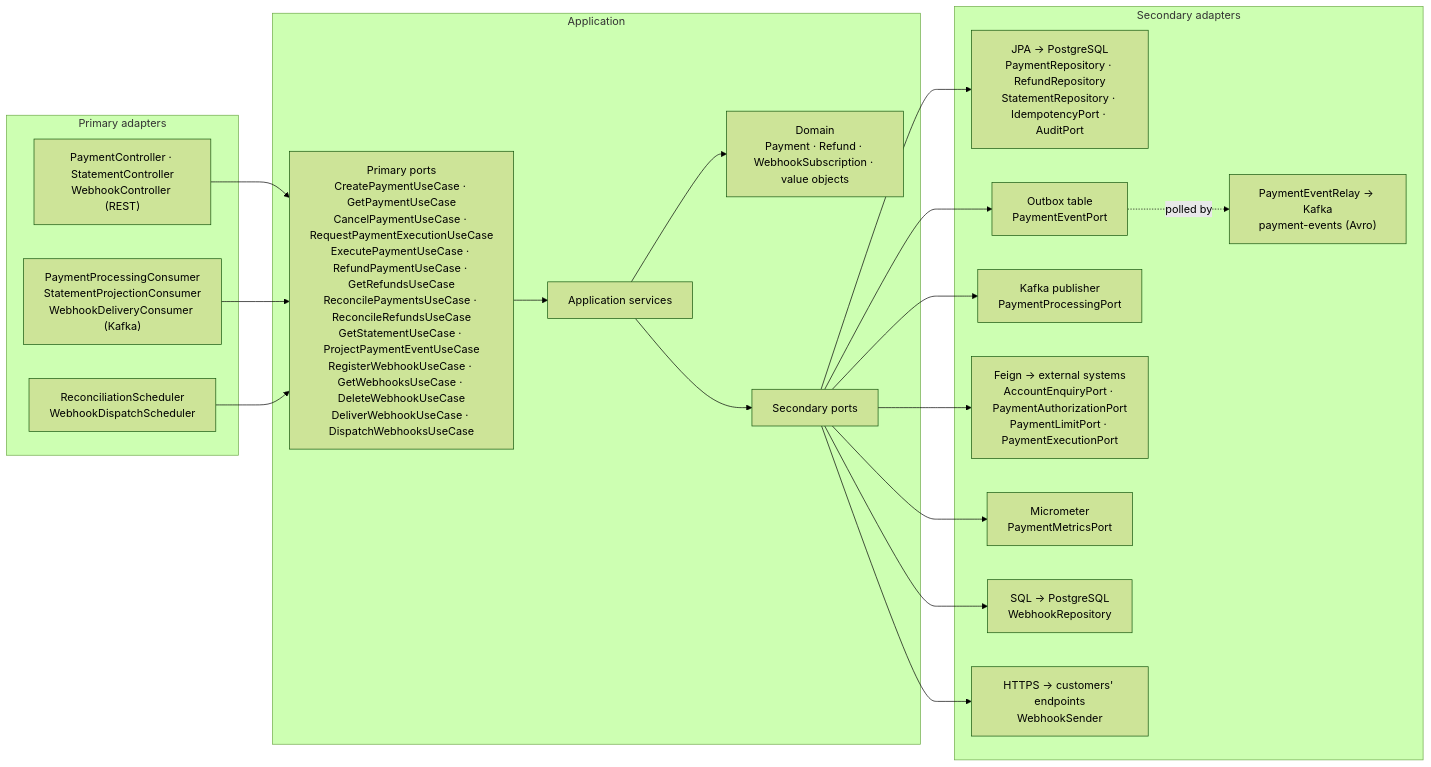
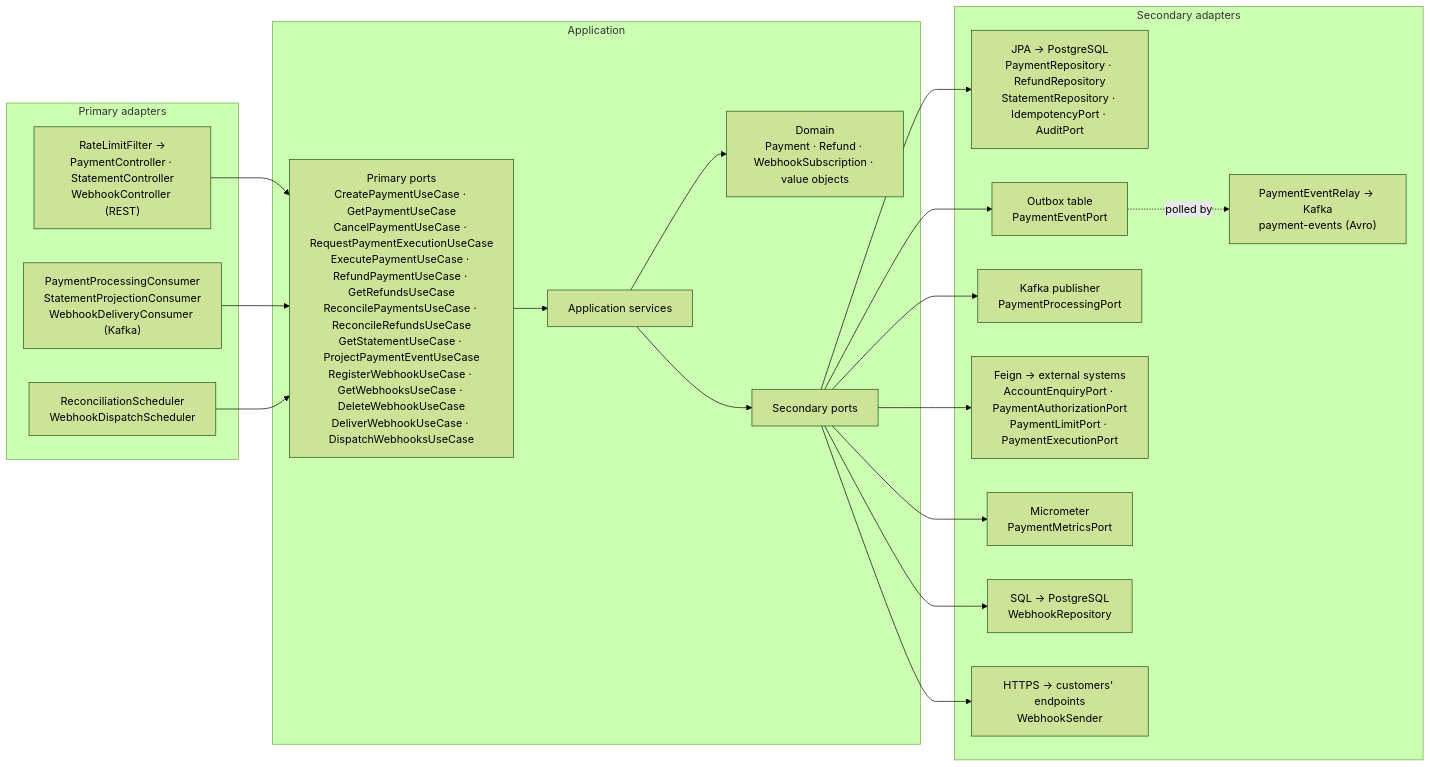
One commit to codeaiforge/java-payment-service changed the second of 2 diagrams in README.md. Above: the diagram before and after it, drawn with Mermaid (forest theme). The commit also changed other lines of this file and 10 other files, not shown here.

First line of the commit message:
feat(payment): limit requests and payments per customer with shared token buckets (bonus 12)

````diff
--- a/README.md
+++ b/README.md
@@ -66,40 +67,40 @@
 ```mermaid
 flowchart LR
     subgraph primary["Primary adapters"]
-        web["PaymentController · StatementController<br/>WebhookController (REST)"]
+        web["RateLimitFilter →<br/>PaymentController · StatementController<br/>WebhookController (REST)"]
         consumer["PaymentProcessingConsumer<br/>StatementProjectionConsumer<br/>WebhookDeliveryConsumer (Kafka)"]
         scheduler["ReconciliationScheduler<br/>WebhookDispatchScheduler"]
     end
 
     subgraph app["Application"]
         uc["Primary ports<br/>CreatePaymentUseCase · GetPaymentUseCase<br/>CancelPaymentUseCase · RequestPaymentExecutionUseCase<br/>ExecutePaymentUseCase · RefundPaymentUseCase · GetRefundsUseCase<br/>ReconcilePaymentsUseCase · ReconcileRefundsUseCase<br/>GetStatementUseCase · ProjectPaymentEventUseCase<br/>RegisterWebhookUseCase · GetWebhooksUseCase · DeleteWebhookUseCase<br/>DeliverWebhookUseCase · DispatchWebhooksUseCase"]
         services["Application services"]
         domain["Domain<br/>Payment · Refund · WebhookSubscription · value objects"]
         sp["Secondary ports"]
         uc --> services --> domain
         services --> sp
     end
 
     subgraph secondary["Secondary adapters"]
         jpa["JPA → PostgreSQL<br/>PaymentRepository · RefundRepository<br/>StatementRepository · IdempotencyPort · AuditPort"]
         outbox["Outbox table<br/>PaymentEventPort"]
         relay["PaymentEventRelay → Kafka<br/>payment-events (Avro)"]
         publisher["Kafka publisher<br/>PaymentProcessingPort"]
         feign["Feign → external systems<br/>AccountEnquiryPort · PaymentAuthorizationPort<br/>PaymentLimitPort · PaymentExecutionPort"]
         metrics["Micrometer<br/>PaymentMetricsPort"]
         webhooks["SQL → PostgreSQL<br/>WebhookRepository"]
         sender["HTTPS → customers' endpoints<br/>WebhookSender"]
     end
 
     web --> uc
     consumer --> uc
     scheduler --> uc
     sp --> jpa
     sp --> outbox
     outbox -. polled by .-> relay
     sp --> publisher
     sp --> feign
     sp --> metrics
     sp --> webhooks
     sp --> sender
 ```
````
